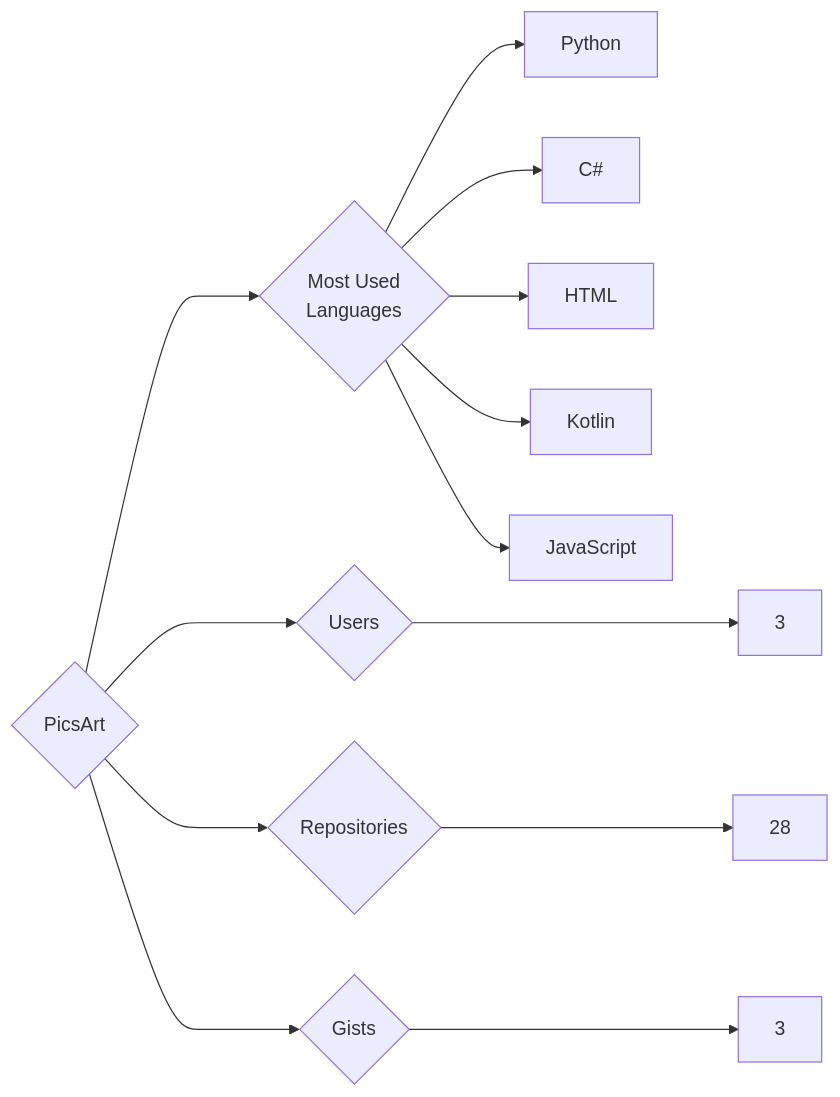
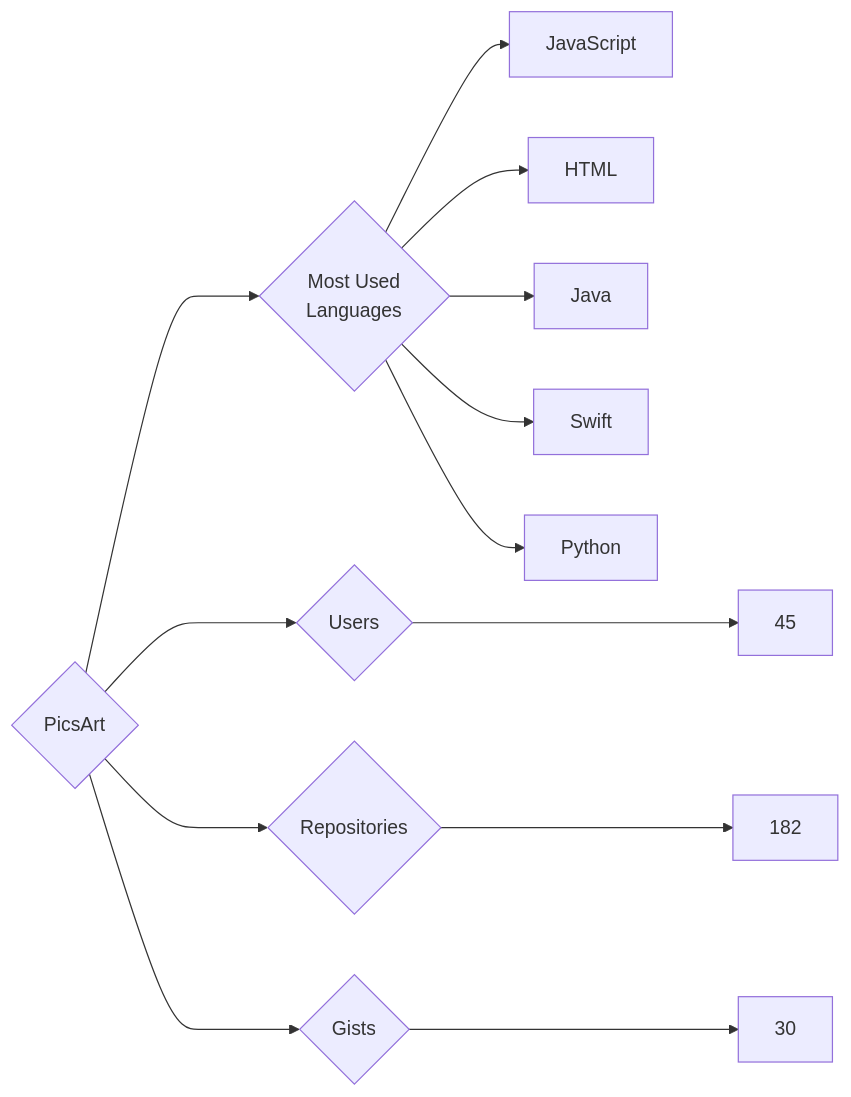
One commit to trickest/insiders changed the diagram in targets/PicsArt/README.md. Above: the diagram before and after it, drawn with Mermaid. The commit also changed 1011 other files, not shown here.

````diff
--- a/targets/PicsArt/README.md
+++ b/targets/PicsArt/README.md
@@ -3,13 +3,13 @@
 ```mermaid
 graph LR
 COMPANY_NAME{PicsArt}
-COMPANY_NAME ---> U{Users} ---> UN[3]
-COMPANY_NAME ---> R{Repositories} ---> RN[28]
-COMPANY_NAME ---> G{Gists} ---> GN[3]
+COMPANY_NAME ---> U{Users} ---> UN[45]
+COMPANY_NAME ---> R{Repositories} ---> RN[182]
+COMPANY_NAME ---> G{Gists} ---> GN[30]
 COMPANY_NAME ---> ML{Most Used<br>Languages}
+ML --> JavaScript[JavaScript]
+ML --> HTML[HTML]
+ML --> Java[Java]
+ML --> Swift[Swift]
 ML --> Python[Python]
-ML --> C#[C#]
-ML --> HTML[HTML]
-ML --> Kotlin[Kotlin]
-ML --> JavaScript[JavaScript]
 ```
````
